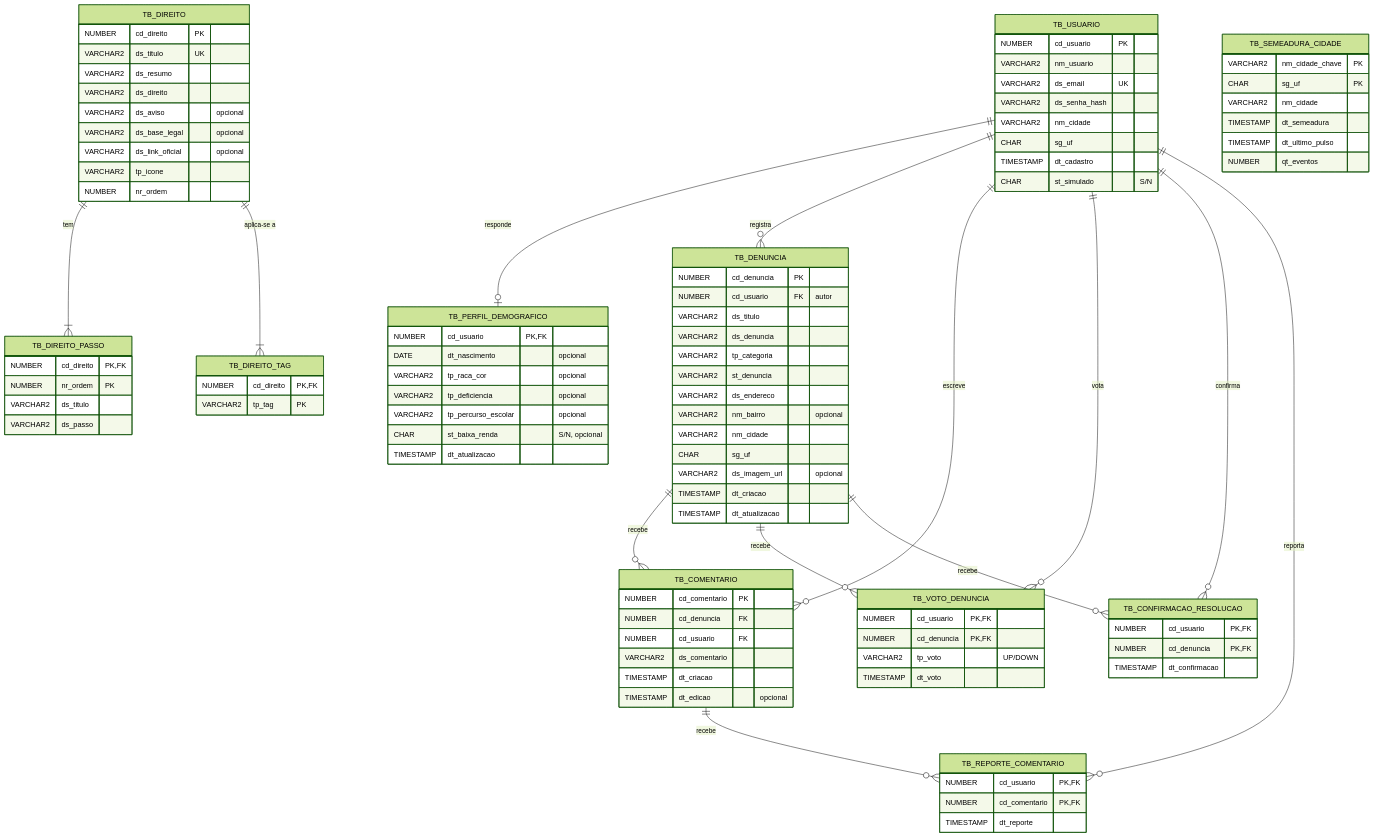
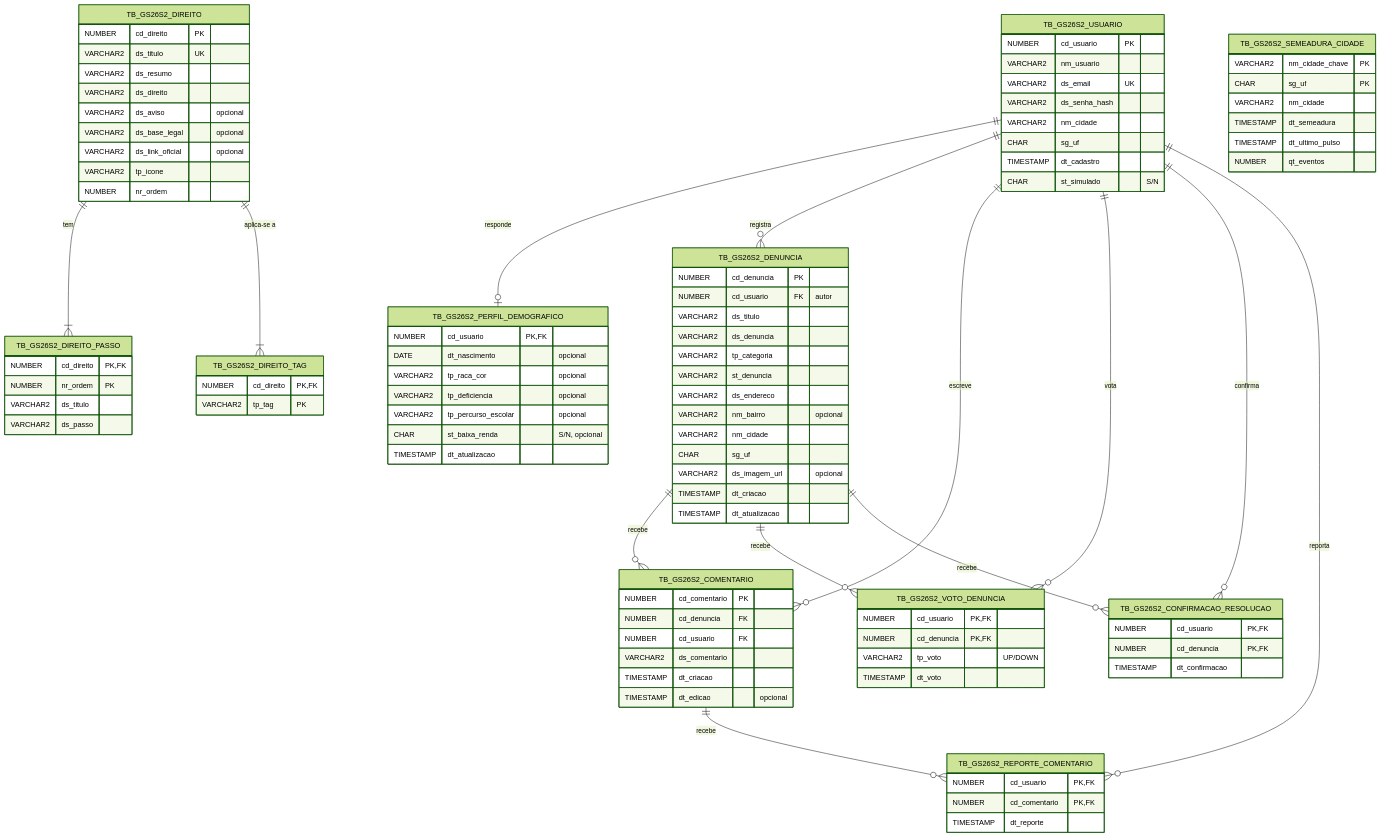
Before and after one commit to JoaoRicardoSOC/meus-direitos: the diagram in docs/diagramas/diagrama-er.md, drawn with Mermaid (forest theme). The commit also changed other lines of this file and 8 other files, not shown here.

First line of the commit message:
docs: padrao de nomes gs26s2 nos guias, diagramas e lista de objetos

````diff
--- a/docs/diagramas/diagrama-er.md
+++ b/docs/diagramas/diagrama-er.md
@@ -8,19 +8,19 @@
 ```mermaid
 erDiagram
-    TB_USUARIO ||--o| TB_PERFIL_DEMOGRAFICO : "responde"
-    TB_USUARIO ||--o{ TB_DENUNCIA : "registra"
-    TB_USUARIO ||--o{ TB_COMENTARIO : "escreve"
-    TB_USUARIO ||--o{ TB_VOTO_DENUNCIA : "vota"
-    TB_USUARIO ||--o{ TB_CONFIRMACAO_RESOLUCAO : "confirma"
-    TB_DENUNCIA ||--o{ TB_COMENTARIO : "recebe"
-    TB_DENUNCIA ||--o{ TB_VOTO_DENUNCIA : "recebe"
-    TB_DENUNCIA ||--o{ TB_CONFIRMACAO_RESOLUCAO : "recebe"
-    TB_USUARIO ||--o{ TB_REPORTE_COMENTARIO : "reporta"
-    TB_COMENTARIO ||--o{ TB_REPORTE_COMENTARIO : "recebe"
-    TB_DIREITO ||--|{ TB_DIREITO_PASSO : "tem"
-    TB_DIREITO ||--|{ TB_DIREITO_TAG : "aplica-se a"
+    TB_GS26S2_USUARIO ||--o| TB_GS26S2_PERFIL_DEMOGRAFICO : "responde"
+    TB_GS26S2_USUARIO ||--o{ TB_GS26S2_DENUNCIA : "registra"
+    TB_GS26S2_USUARIO ||--o{ TB_GS26S2_COMENTARIO : "escreve"
+    TB_GS26S2_USUARIO ||--o{ TB_GS26S2_VOTO_DENUNCIA : "vota"
+    TB_GS26S2_USUARIO ||--o{ TB_GS26S2_CONFIRMACAO_RESOLUCAO : "confirma"
+    TB_GS26S2_DENUNCIA ||--o{ TB_GS26S2_COMENTARIO : "recebe"
+    TB_GS26S2_DENUNCIA ||--o{ TB_GS26S2_VOTO_DENUNCIA : "recebe"
+    TB_GS26S2_DENUNCIA ||--o{ TB_GS26S2_CONFIRMACAO_RESOLUCAO : "recebe"
+    TB_GS26S2_USUARIO ||--o{ TB_GS26S2_REPORTE_COMENTARIO : "reporta"
+    TB_GS26S2_COMENTARIO ||--o{ TB_GS26S2_REPORTE_COMENTARIO : "recebe"
+    TB_GS26S2_DIREITO ||--|{ TB_GS26S2_DIREITO_PASSO : "tem"
+    TB_GS26S2_DIREITO ||--|{ TB_GS26S2_DIREITO_TAG : "aplica-se a"
 
-    TB_USUARIO {
+    TB_GS26S2_USUARIO {
         NUMBER cd_usuario PK
         VARCHAR2 nm_usuario
         VARCHAR2 ds_email UK
@@ -31,7 +31,7 @@
         CHAR st_simulado "S/N"
     }
 
-    TB_PERFIL_DEMOGRAFICO {
+    TB_GS26S2_PERFIL_DEMOGRAFICO {
         NUMBER cd_usuario PK,FK
         DATE dt_nascimento "opcional"
         VARCHAR2 tp_raca_cor "opcional"
@@ -41,7 +41,7 @@
         TIMESTAMP dt_atualizacao
     }
 
-    TB_DENUNCIA {
+    TB_GS26S2_DENUNCIA {
         NUMBER cd_denuncia PK
         NUMBER cd_usuario FK "autor"
         VARCHAR2 ds_titulo
@@ -57,7 +57,7 @@
         TIMESTAMP dt_atualizacao
     }
 
-    TB_COMENTARIO {
+    TB_GS26S2_COMENTARIO {
         NUMBER cd_comentario PK
         NUMBER cd_denuncia FK
         NUMBER cd_usuario FK
@@ -66,26 +66,26 @@
         TIMESTAMP dt_edicao "opcional"
     }
 
-    TB_VOTO_DENUNCIA {
+    TB_GS26S2_VOTO_DENUNCIA {
         NUMBER cd_usuario PK,FK
         NUMBER cd_denuncia PK,FK
         VARCHAR2 tp_voto "UP/DOWN"
         TIMESTAMP dt_voto
     }
 
-    TB_CONFIRMACAO_RESOLUCAO {
+    TB_GS26S2_CONFIRMACAO_RESOLUCAO {
         NUMBER cd_usuario PK,FK
         NUMBER cd_denuncia PK,FK
         TIMESTAMP dt_confirmacao
     }
 
-    TB_REPORTE_COMENTARIO {
+    TB_GS26S2_REPORTE_COMENTARIO {
         NUMBER cd_usuario PK,FK
         NUMBER cd_comentario PK,FK
         TIMESTAMP dt_reporte
     }
 
-    TB_DIREITO {
+    TB_GS26S2_DIREITO {
         NUMBER cd_direito PK
         VARCHAR2 ds_titulo UK
         VARCHAR2 ds_resumo
@@ -97,19 +97,19 @@
         NUMBER nr_ordem
     }
 
-    TB_DIREITO_PASSO {
+    TB_GS26S2_DIREITO_PASSO {
         NUMBER cd_direito PK,FK
         NUMBER nr_ordem PK
         VARCHAR2 ds_titulo
         VARCHAR2 ds_passo
     }
 
-    TB_DIREITO_TAG {
+    TB_GS26S2_DIREITO_TAG {
         NUMBER cd_direito PK,FK
         VARCHAR2 tp_tag PK
     }
 
-    TB_SEMEADURA_CIDADE {
+    TB_GS26S2_SEMEADURA_CIDADE {
         VARCHAR2 nm_cidade_chave PK
         CHAR sg_uf PK
         VARCHAR2 nm_cidade
````
